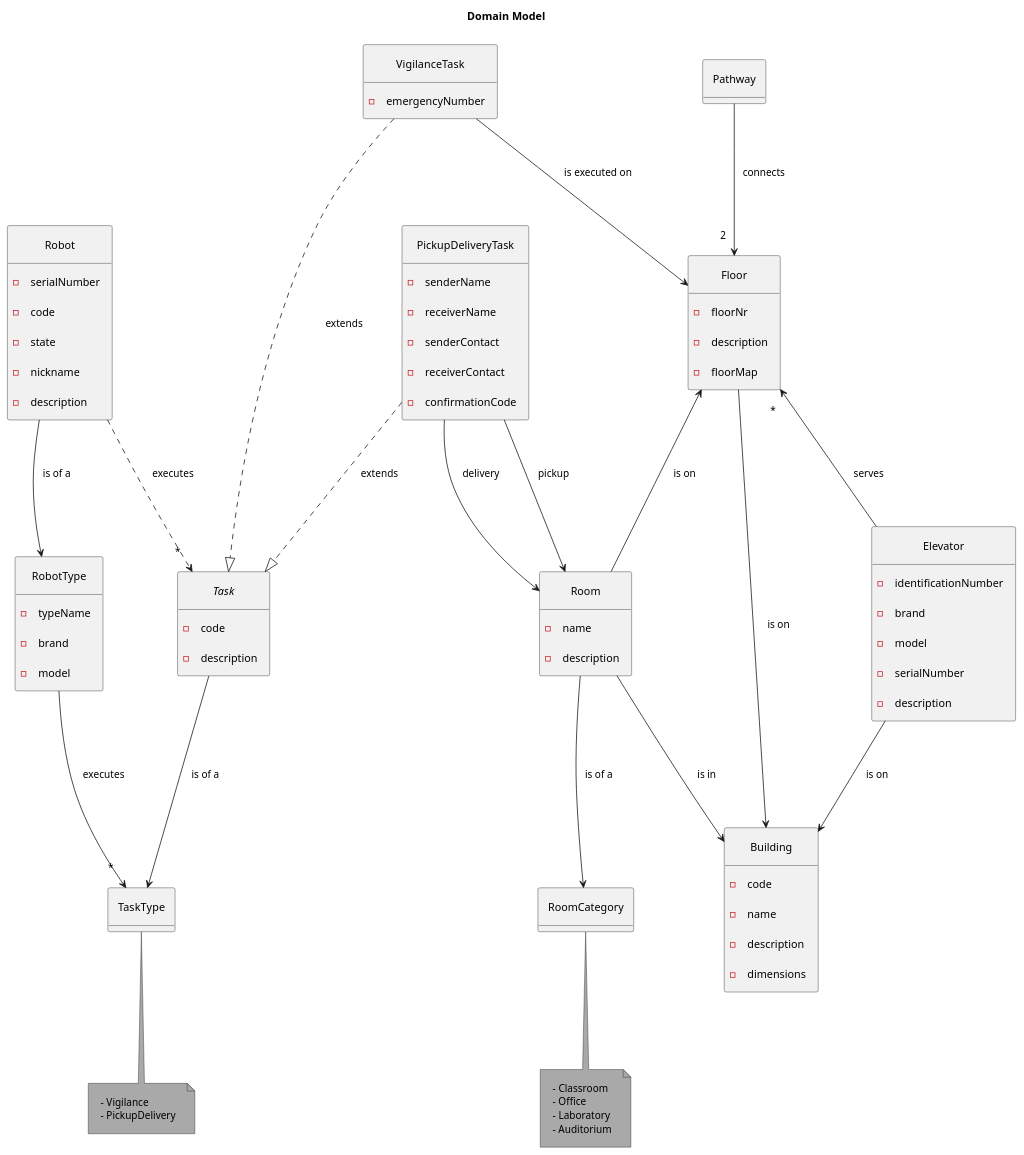
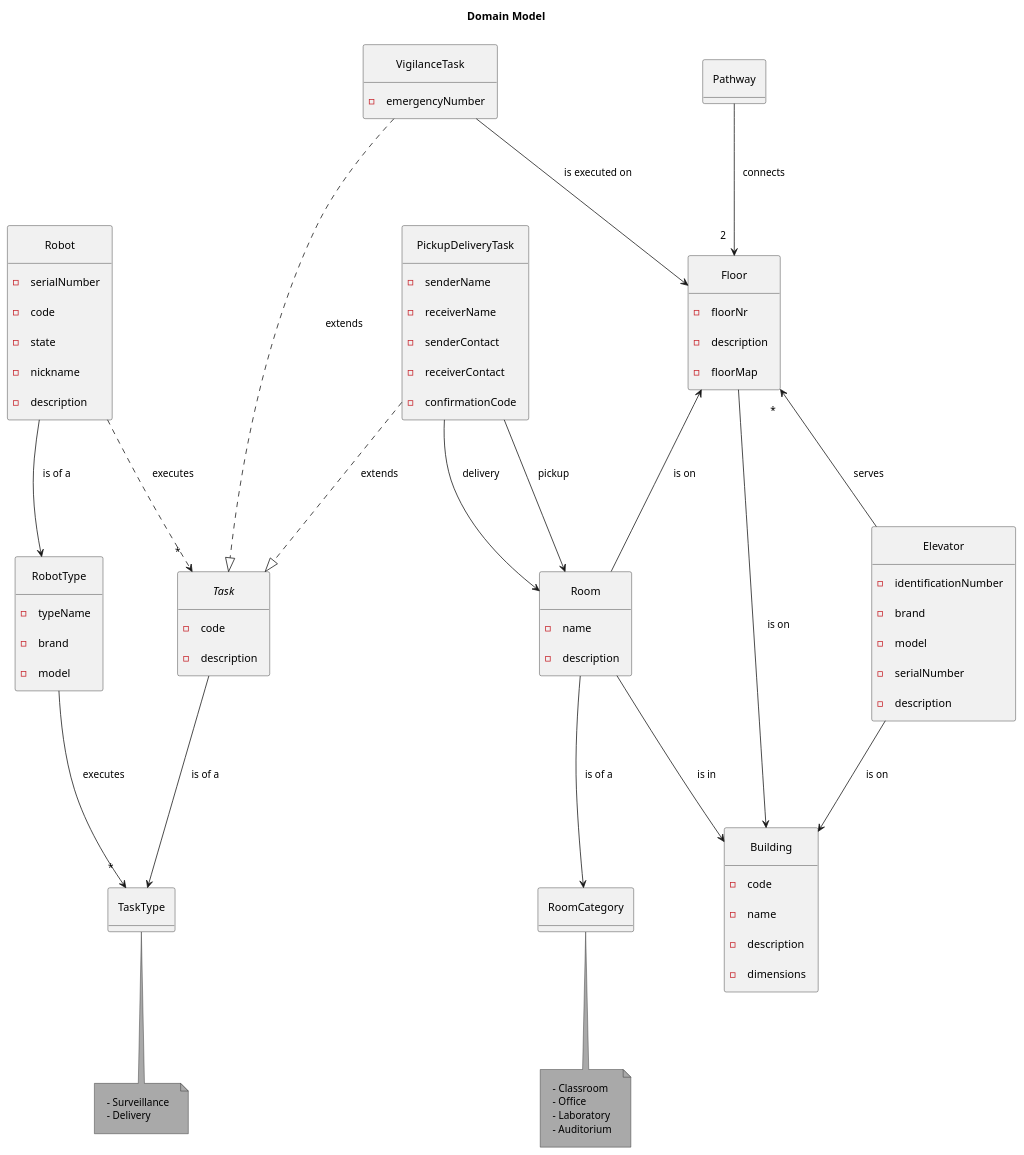
One commit to rpeir/LAPR5 changed the diagram in docs/domainModel/domainModel.puml. Above: the diagram before and after it, drawn with PlantUML. The commit also changed 5 other files, not shown here.

```diff
--- a/docs/domainModel/domainModel.puml
+++ b/docs/domainModel/domainModel.puml
@@ -1,125 +1,125 @@
 @startuml Domain Model
 
 title "Domain Model"
 ' left to right direction
 ' top to bottom direction
 skinparam Padding 10
 skinparam Nodesep 80
 skinparam ranksep 100
 skinparam groupInheritance 1
 ' skinparam linetype ortho
 skinparam separation 1000
 skinparam NoteBackgroundColor #A9A9A9
 skinparam PackageStyle rectangle
 skinparam package {
     BackgroundColor #D3D3D3
     FontStyle bold
 }
 
 hide circle
 hide methods
 
     entity Robot {
         -serialNumber
         -code
         -state
         -nickname
         -description
     }
 
     entity RobotType {
         - typeName
         - brand
         - model
     }
 
     enum TaskType {}
     note bottom of TaskType {
-            - Vigilance
-            - PickupDelivery
+            - Surveillance
+            - Delivery
     }
 
     interface Task {
         - code
         - description
 
     }
 
     entity VigilanceTask {
         - emergencyNumber
     }
 
     entity PickupDeliveryTask {
         - senderName
         - receiverName
         - senderContact
         - receiverContact
         - confirmationCode
     }
 
     entity Building {
         - code
         - name
         - description
         - dimensions
     }
 
     entity Floor {
         - floorNr
         - description
         - floorMap
     }
 
     entity Elevator {
         - identificationNumber
         - brand
         - model
         - serialNumber
         - description
     }
 
     entity Room {
         - name
         - description
     }
 
     enum RoomCategory {}
 
     note bottom of RoomCategory {
             - Classroom
             - Office
             - Laboratory
             - Auditorium
     }
 
     entity Pathway {
     }
 
 VigilanceTask ..|> Task: extends
 PickupDeliveryTask ..|> Task: extends
 
 Room --> RoomCategory: is of a
 Room --> Building : is in
 
 RobotType --> "*" TaskType: executes
 
 Floor --> Building: is on
 Floor "*" <-- Elevator : serves
 Floor <-- Room: is on
 
 Elevator --> Building: is on
 
 PickupDeliveryTask --> Room: delivery
 PickupDeliveryTask --> Room: pickup
 
 VigilanceTask --> Floor: is executed on
 
 Pathway --> "2" Floor: connects
 
 Robot --> RobotType : is of a
 
 Task --> TaskType : is of a
 
 Robot ..> "*" Task : executes
 
 @enduml
```
